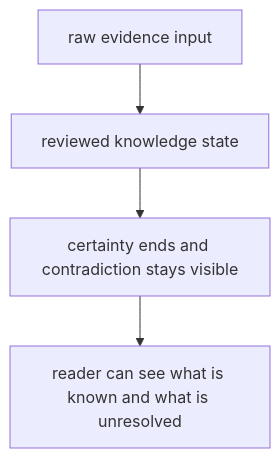
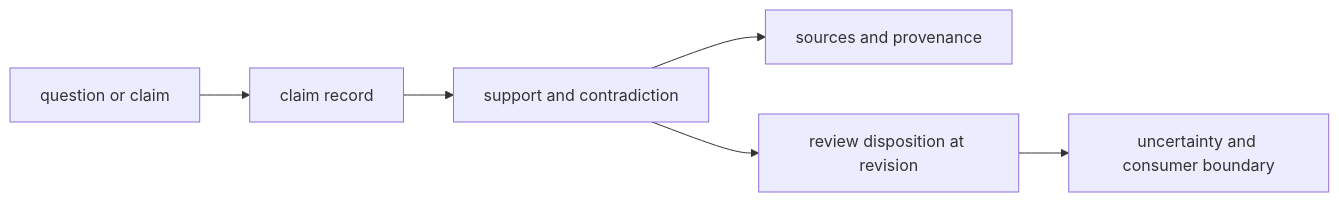
One commit to bijux/bijux-proteomics changed the diagram in docs/06-bijux-proteomics-knowledge/quality/documentation-standards.md. Above: the diagram before and after it, drawn with Mermaid. The commit also changed other lines of this file and 2 other files, not shown here.

Commit message:
docs(knowledge): preserve evidence custody boundaries

````diff
--- a/docs/06-bijux-proteomics-knowledge/quality/documentation-standards.md
+++ b/docs/06-bijux-proteomics-knowledge/quality/documentation-standards.md
@@ -18,11 +32,8 @@
 ```mermaid
-flowchart TB
-    evidence["raw evidence input"]
-    review["reviewed knowledge state"]
-    contradiction["certainty ends and contradiction stays visible"]
-    reader["reader can see what is known and what is unresolved"]
-
-    evidence --> review
-    review --> contradiction
-    contradiction --> reader
+flowchart LR
+    Q["question or claim"] --> C["claim record"]
+    C --> E["support and contradiction"]
+    E --> S["sources and provenance"]
+    E --> R["review disposition at revision"]
+    R --> U["uncertainty and consumer boundary"]
 ```
````
